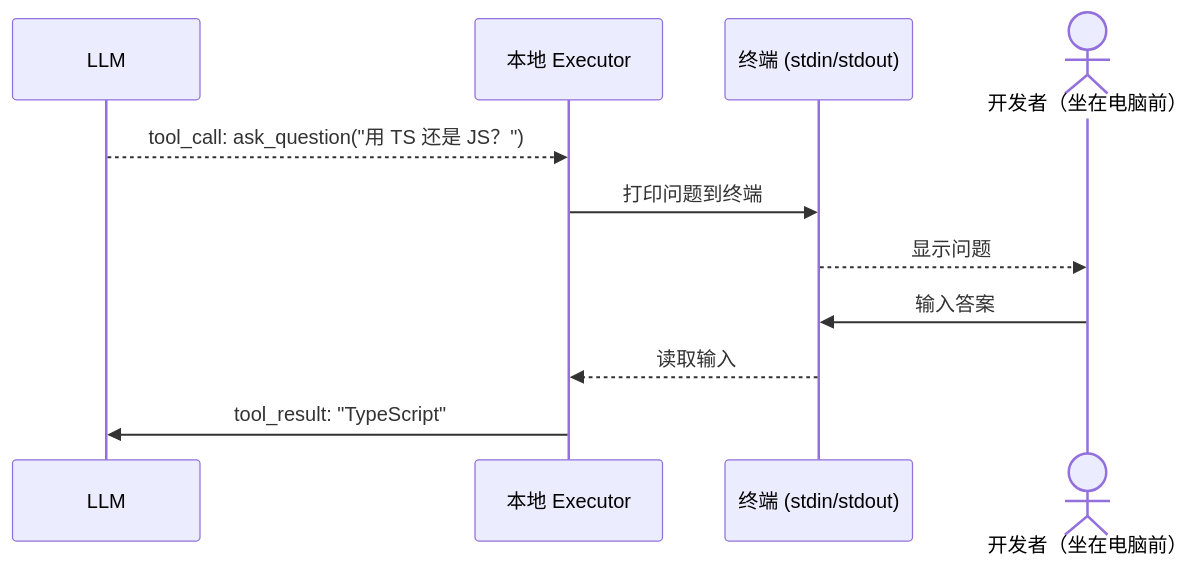
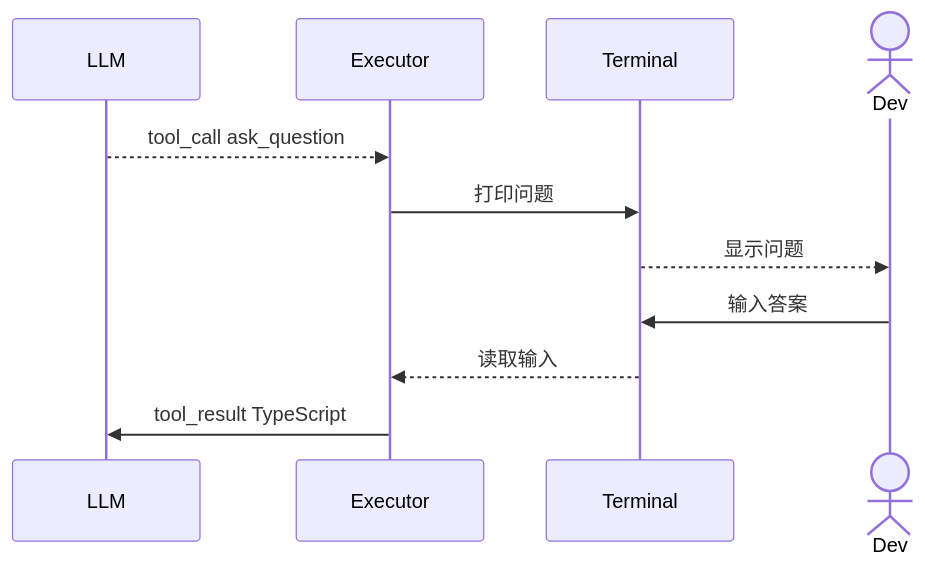
The third of 5 diagrams in content/posts/openclaw-demystified.md (youkale/usedong.com), drawn with Mermaid before and after one commit. The commit also changed other lines of this file and 1 other file, not shown here.

Commit message:
feat: add mermaid

````diff
--- a/content/posts/openclaw-demystified.md
+++ b/content/posts/openclaw-demystified.md
@@ -325,14 +325,14 @@
 ```mermaid
 sequenceDiagram
-    participant LLM as LLM
-    participant Exec as 本地 Executor
-    participant Terminal as 终端 (stdin/stdout)
-    actor Dev as 开发者（坐在电脑前）
+    participant AI as LLM
+    participant EX as Executor
+    participant TM as Terminal
+    actor DV as Dev
 
-    LLM-->>Exec: tool_call: ask_question("用 TS 还是 JS？")
-    Exec->>Terminal: 打印问题到终端
-    Terminal-->>Dev: 显示问题
-    Dev->>Terminal: 输入答案
-    Terminal-->>Exec: 读取输入
-    Exec->>LLM: tool_result: "TypeScript"
+    AI-->>EX: tool_call ask_question
+    EX->>TM: 打印问题
+    TM-->>DV: 显示问题
+    DV->>TM: 输入答案
+    TM-->>EX: 读取输入
+    EX->>AI: tool_result TypeScript
 ```
````
